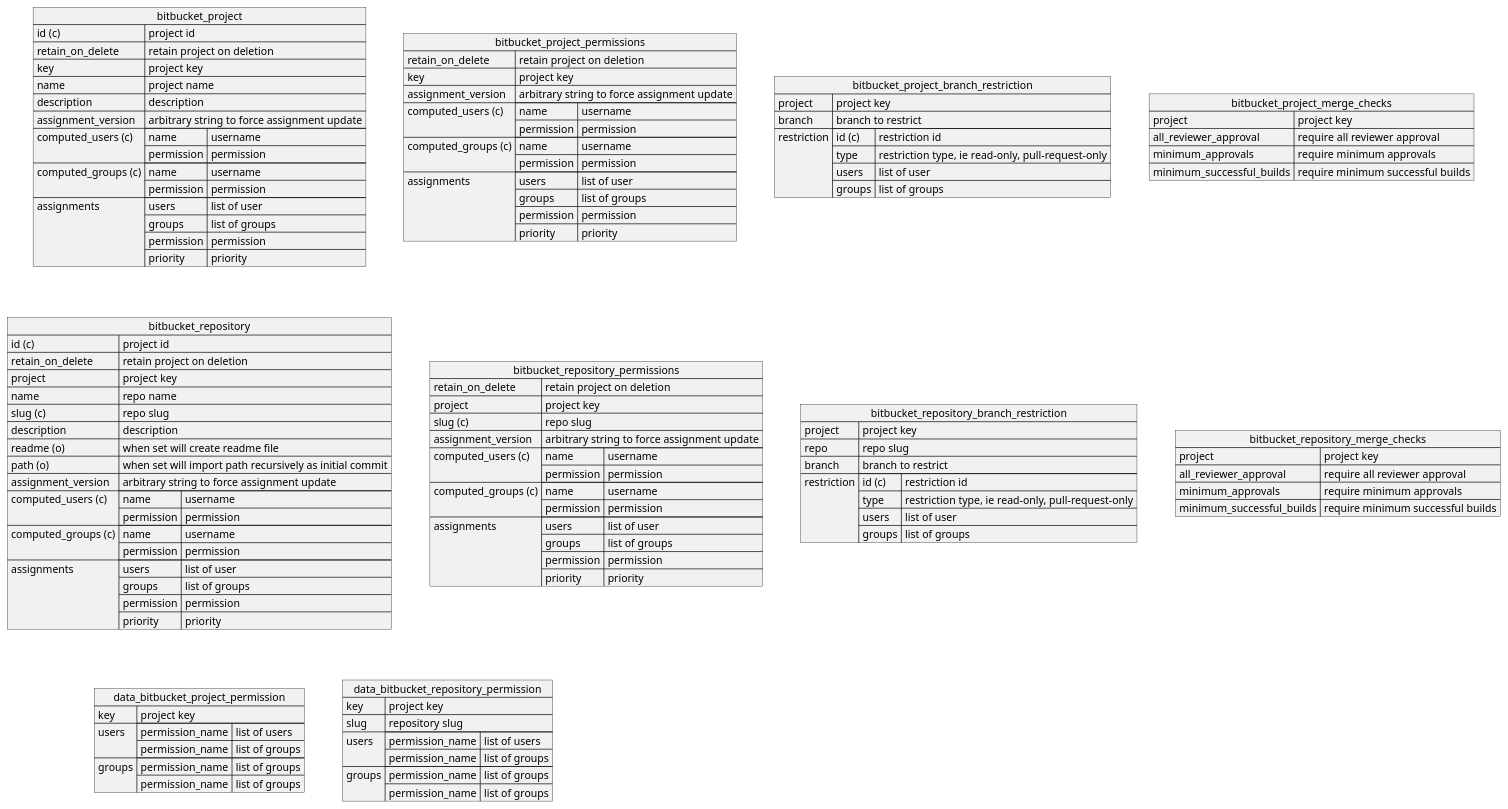
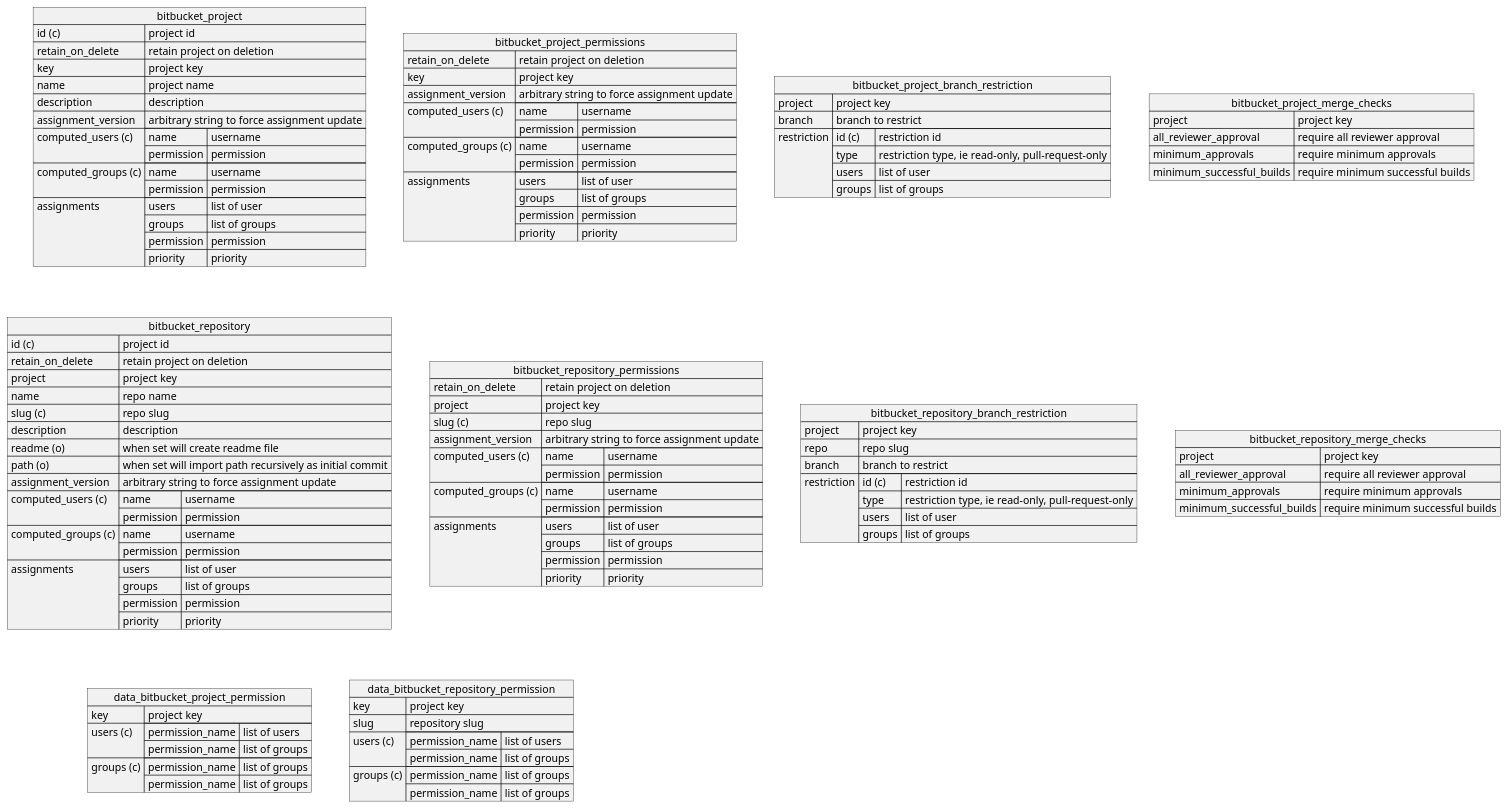
Before and after one commit to yunarta/terraform-provider-bitbucket: the diagram in resources.puml, drawn with PlantUML.

Commit message:
Update permissions format in Bitbucket resources PlantUML
The updated format introduces JSON representation for Bitbucket project and repository permissions. It includes project, deployment, linked repository, and other related permissions. This change enhances access control and management within these objects.

```diff
--- a/resources.puml
+++ b/resources.puml
@@ -1,197 +1,197 @@
 @startuml
 
 json bitbucket_project {
     "id (c)": "project id",
     "retain_on_delete": "retain project on deletion",
     "key": "project key",
     "name": "project name",
     "description": "description",
     "assignment_version": "arbitrary string to force assignment update",
     "computed_users (c)": [
         {
         "name":"username",
         "permission": "permission"
         }
     ],
     "computed_groups (c)": [
         {
         "name":"username",
         "permission": "permission"
         }
     ],
     "assignments": [
         {
         "users": "list of user",
         "groups": "list of groups",
         "permission": "permission",
         "priority": "priority"
         }
     ]
 }
 
 json bitbucket_project_permissions {
     "retain_on_delete": "retain project on deletion",
     "key": "project key",
     "assignment_version": "arbitrary string to force assignment update",
     "computed_users (c)": [
         {
         "name":"username",
         "permission": "permission"
         }
     ],
     "computed_groups (c)": [
         {
         "name":"username",
         "permission": "permission"
         }
     ],
     "assignments": [
         {
         "users": "list of user",
         "groups": "list of groups",
         "permission": "permission",
         "priority": "priority"
         }
     ]
 }
 
 json bitbucket_project_branch_restriction {
     "project": "project key",
     "branch": "branch to restrict",
     "restriction": {
     "id (c)": "restriction id",
         "type": "restriction type, ie read-only, pull-request-only",
         "users": "list of user",
         "groups": "list of groups"
     }
 }
 
 json bitbucket_project_merge_checks {
     "project": "project key",
     "all_reviewer_approval": "require all reviewer approval",
     "minimum_approvals": "require minimum approvals",
     "minimum_successful_builds": "require minimum successful builds"
 }
 
 json bitbucket_repository {
     "id (c)": "project id",
     "retain_on_delete": "retain project on deletion",
     "project": "project key",
     "name": "repo name",
     "slug (c)": "repo slug",
     "description": "description",
     "readme (o)": "when set will create readme file",
     "path (o)": "when set will import path recursively as initial commit",
     "assignment_version": "arbitrary string to force assignment update",
     "computed_users (c)": [
         {
         "name":"username",
         "permission": "permission"
         }
     ],
     "computed_groups (c)": [
         {
         "name":"username",
         "permission": "permission"
         }
     ],
     "assignments": [
         {
         "users": "list of user",
         "groups": "list of groups",
         "permission": "permission",
         "priority": "priority"
         }
     ]
 }
 
 
 json bitbucket_repository_permissions {
     "retain_on_delete": "retain project on deletion",
     "project": "project key",
     "slug (c)": "repo slug",
     "assignment_version": "arbitrary string to force assignment update",
     "computed_users (c)": [
         {
         "name":"username",
         "permission": "permission"
         }
     ],
     "computed_groups (c)": [
         {
         "name":"username",
         "permission": "permission"
         }
     ],
     "assignments": [
         {
         "users": "list of user",
         "groups": "list of groups",
         "permission": "permission",
         "priority": "priority"
         }
     ]
 }
 
 
 json bitbucket_repository_branch_restriction {
     "project": "project key",
     "repo": "repo slug",
     "branch": "branch to restrict",
     "restriction": {
     "id (c)": "restriction id",
         "type": "restriction type, ie read-only, pull-request-only",
         "users": "list of user",
         "groups": "list of groups"
     }
 }
 
 json bitbucket_repository_merge_checks {
     "project": "project key",
     "all_reviewer_approval": "require all reviewer approval",
     "minimum_approvals": "require minimum approvals",
     "minimum_successful_builds": "require minimum successful builds"
 }
 
 json data_bitbucket_project_permission {
     "key": "project key",
-    "users": {
+    "users (c)": {
         "permission_name": [
             "list of users"
         ],
         "permission_name": [
             "list of groups"
         ]
     },
-    "groups": {
+    "groups (c)": {
         "permission_name": [
             "list of groups"
         ],
         "permission_name": [
             "list of groups"
         ]
     }
 }
 
 json data_bitbucket_repository_permission {
     "key": "project key",
     "slug": "repository slug",
-    "users": {
+    "users (c)": {
         "permission_name": [
             "list of users"
         ],
         "permission_name": [
             "list of groups"
         ]
     },
-    "groups": {
+    "groups (c)": {
         "permission_name": [
             "list of groups"
         ],
         "permission_name": [
             "list of groups"
         ]
     }
 }
 
 @enduml
```
